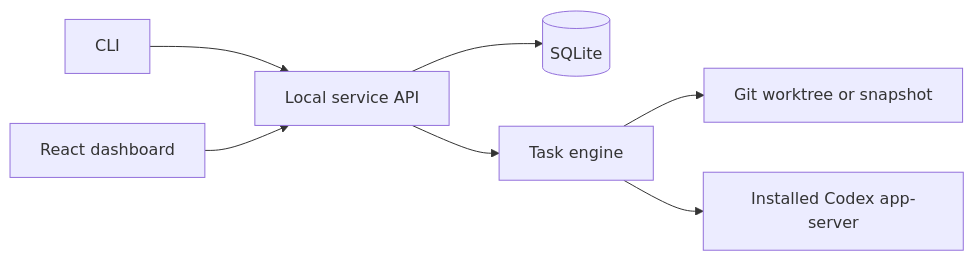
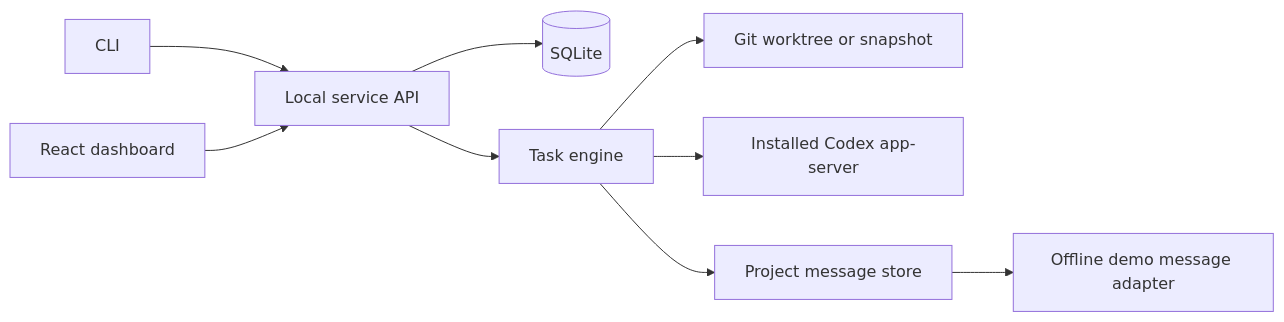
One commit to jox218-source/Remora changed the first of 2 diagrams in docs/architecture.md. Above: the diagram before and after it, drawn with Mermaid. The commit also changed other lines of this file and 16 other files, not shown here.

````diff
--- a/docs/architecture.md
+++ b/docs/architecture.md
@@ -5,9 +5,11 @@
 ```mermaid
 flowchart LR
   CLI[CLI] --> API[Local service API]
   UI[React dashboard] --> API
   API --> DB[(SQLite)]
   API --> ENG[Task engine]
   ENG --> ISO[Git worktree or snapshot]
   ENG --> CODEX[Installed Codex app-server]
+  ENG --> MSG[Project message store]
+  MSG --> DEMO[Offline demo message adapter]
 ```
````
